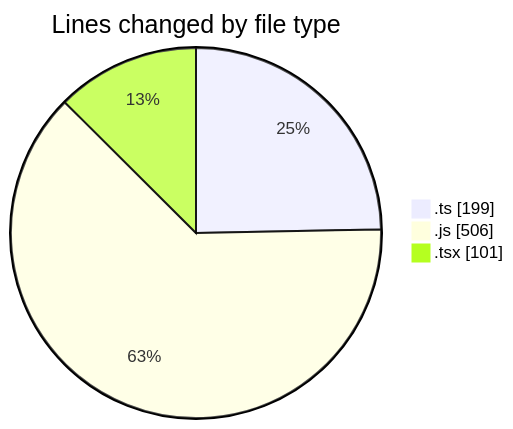
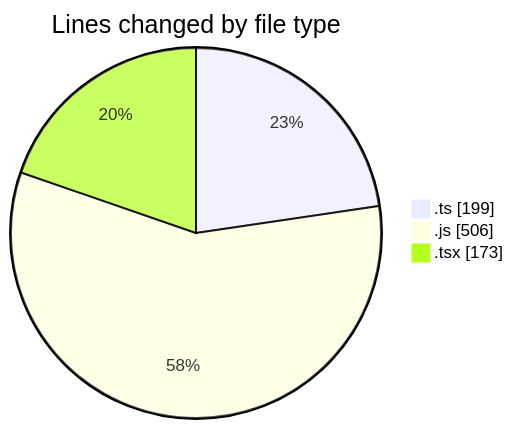
The first of 2 diagrams in 2025-03-12/cda/README.md (momahboobian/code-tracking), drawn with Mermaid before and after one commit. The commit also changed other lines of this file and 1 other file, not shown here.

````diff
--- a/2025-03-12/cda/README.md
+++ b/2025-03-12/cda/README.md
@@ -28,7 +29,7 @@
 ```mermaid
 pie showData
 title Lines changed by file type
 ".ts" : 199
 ".js" : 506
-".tsx" : 101
+".tsx" : 173
 ```
````
